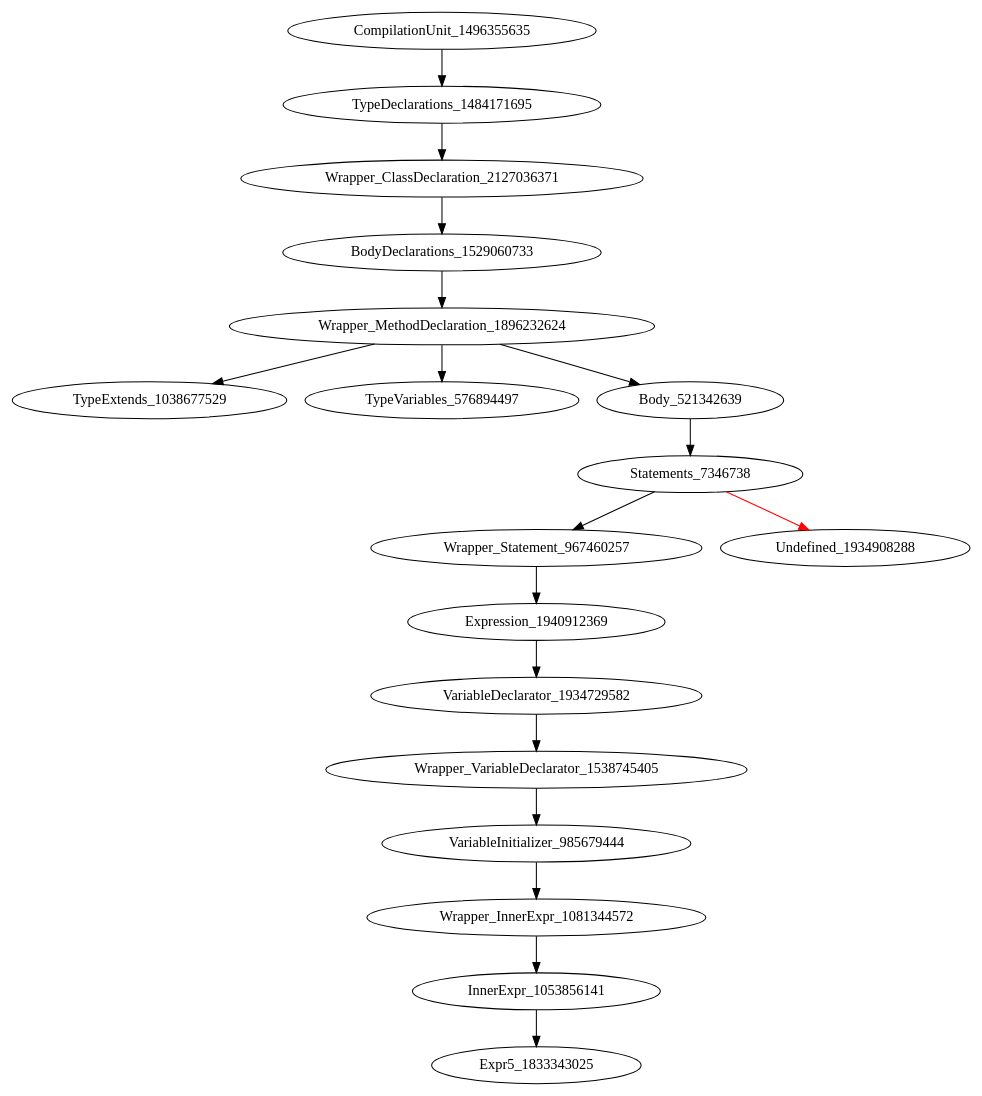
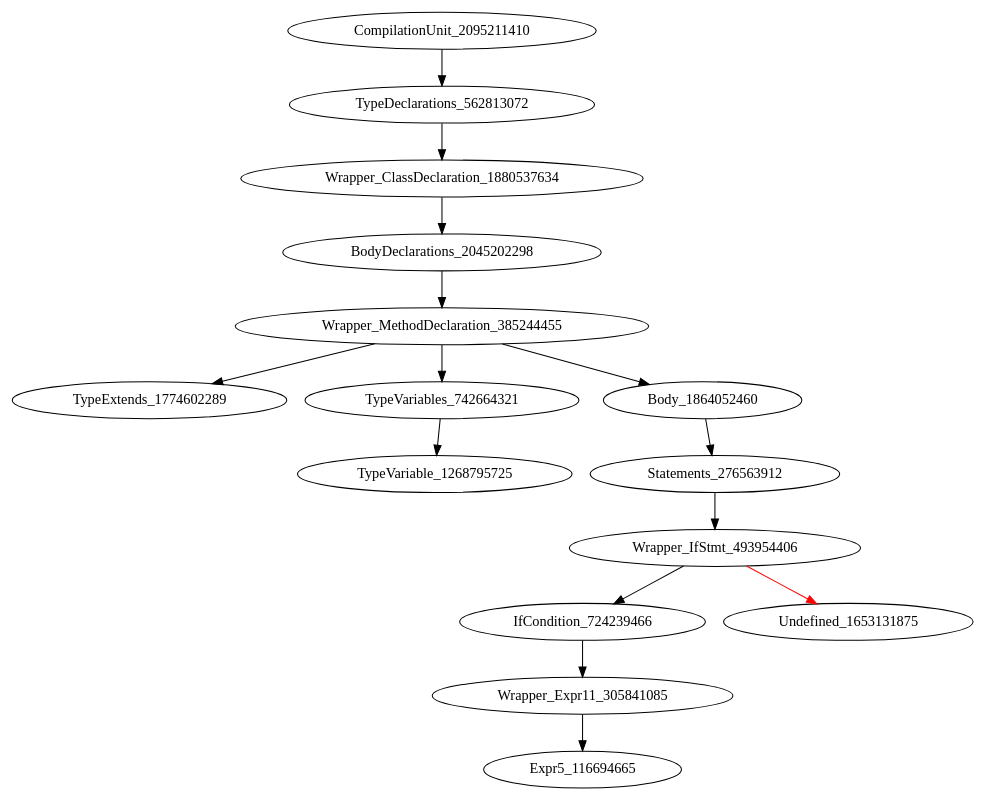
Before and after one commit to icse2023material/VoiceJava: the diagram in holeAST.dot, drawn with Graphviz. The commit also changed 5 other files, not shown here.

```diff
--- a/holeAST.dot
+++ b/holeAST.dot
@@ -1,19 +1,16 @@
 digraph {
-CompilationUnit_1496355635 -> TypeDeclarations_1484171695
-TypeDeclarations_1484171695 -> Wrapper_ClassDeclaration_2127036371
-Wrapper_ClassDeclaration_2127036371 -> BodyDeclarations_1529060733
-BodyDeclarations_1529060733 -> Wrapper_MethodDeclaration_1896232624
-Wrapper_MethodDeclaration_1896232624 -> TypeExtends_1038677529
-Wrapper_MethodDeclaration_1896232624 -> TypeVariables_576894497
-Wrapper_MethodDeclaration_1896232624 -> Body_521342639
-Body_521342639 -> Statements_7346738
-Statements_7346738 -> Wrapper_Statement_967460257
-Statements_7346738 -> Undefined_1934908288 [color = red] 
-Wrapper_Statement_967460257 -> Expression_1940912369
-Expression_1940912369 -> VariableDeclarator_1934729582
-VariableDeclarator_1934729582 -> Wrapper_VariableDeclarator_1538745405
-Wrapper_VariableDeclarator_1538745405 -> VariableInitializer_985679444
-VariableInitializer_985679444 -> Wrapper_InnerExpr_1081344572
-Wrapper_InnerExpr_1081344572 -> InnerExpr_1053856141
-InnerExpr_1053856141 -> Expr5_1833343025
+CompilationUnit_2095211410 -> TypeDeclarations_562813072
+TypeDeclarations_562813072 -> Wrapper_ClassDeclaration_1880537634
+Wrapper_ClassDeclaration_1880537634 -> BodyDeclarations_2045202298
+BodyDeclarations_2045202298 -> Wrapper_MethodDeclaration_385244455
+Wrapper_MethodDeclaration_385244455 -> TypeExtends_1774602289
+Wrapper_MethodDeclaration_385244455 -> TypeVariables_742664321
+Wrapper_MethodDeclaration_385244455 -> Body_1864052460
+TypeVariables_742664321 -> TypeVariable_1268795725
+Body_1864052460 -> Statements_276563912
+Statements_276563912 -> Wrapper_IfStmt_493954406
+Wrapper_IfStmt_493954406 -> IfCondition_724239466
+Wrapper_IfStmt_493954406 -> Undefined_1653131875 [color = red] 
+IfCondition_724239466 -> Wrapper_Expr11_305841085
+Wrapper_Expr11_305841085 -> Expr5_116694665
 }
```
